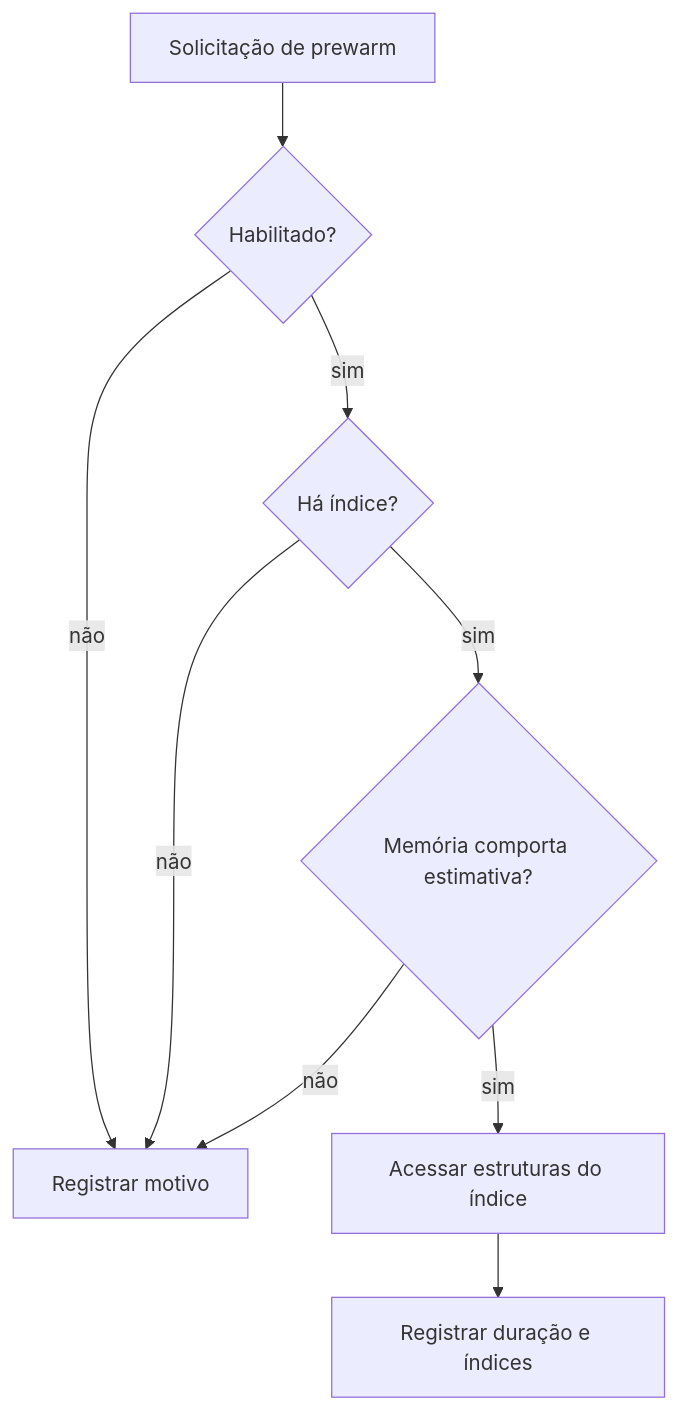
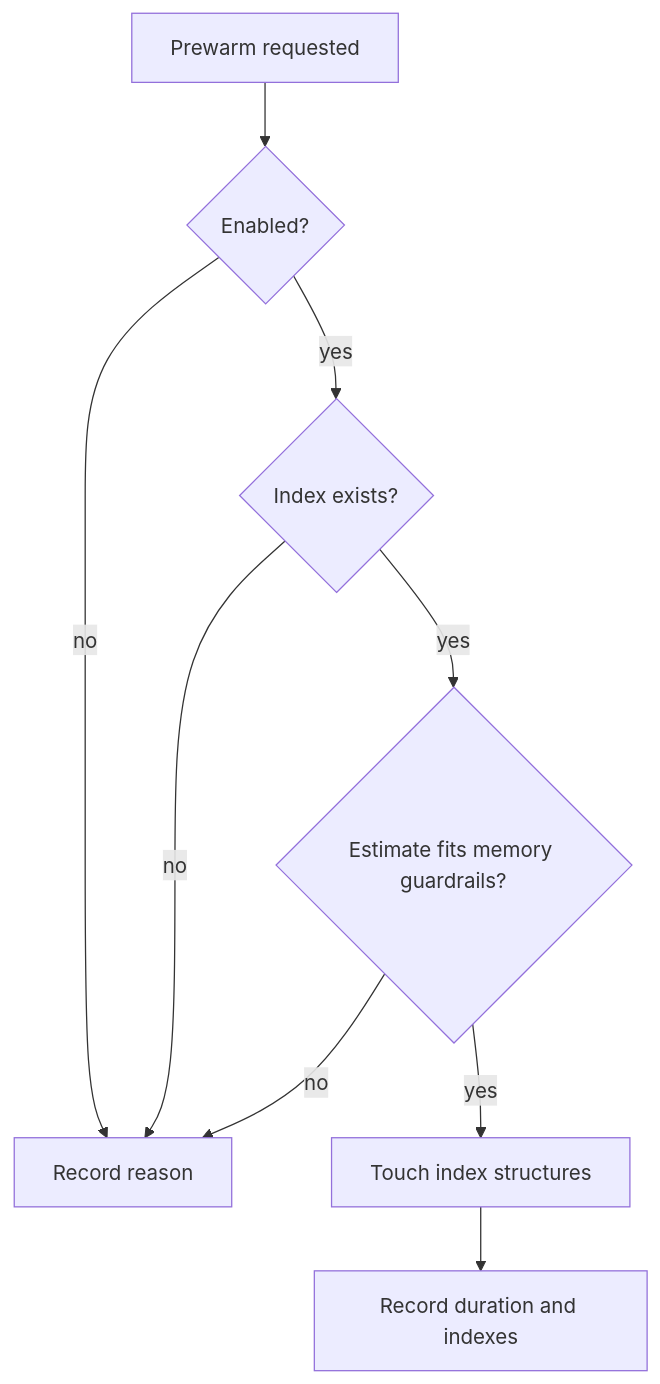
One commit to everton-dgn/vault-search-mcp changed the diagram in docs/performance/prewarm.md. Above: the diagram before and after it, drawn with Mermaid. The commit also changed other lines of this file and 200 other files, not shown here.

````diff
--- a/docs/performance/prewarm.md
+++ b/docs/performance/prewarm.md
@@ -9,11 +9,11 @@
 ```mermaid
 flowchart TD
-    Start[Solicitação de prewarm] --> Enabled{Habilitado?}
-    Enabled -->|não| Skip[Registrar motivo]
-    Enabled -->|sim| Index{Há índice?}
-    Index -->|não| Skip
-    Index -->|sim| Memory{Memória comporta estimativa?}
-    Memory -->|não| Skip
-    Memory -->|sim| Read[Acessar estruturas do índice]
-    Read --> Record[Registrar duração e índices]
+    Start[Prewarm requested] --> Enabled{Enabled?}
+    Enabled -->|no| Skip[Record reason]
+    Enabled -->|yes| Index{Index exists?}
+    Index -->|no| Skip
+    Index -->|yes| Memory{Estimate fits memory guardrails?}
+    Memory -->|no| Skip
+    Memory -->|yes| Read[Touch index structures]
+    Read --> Record[Record duration and indexes]
 ```
````
